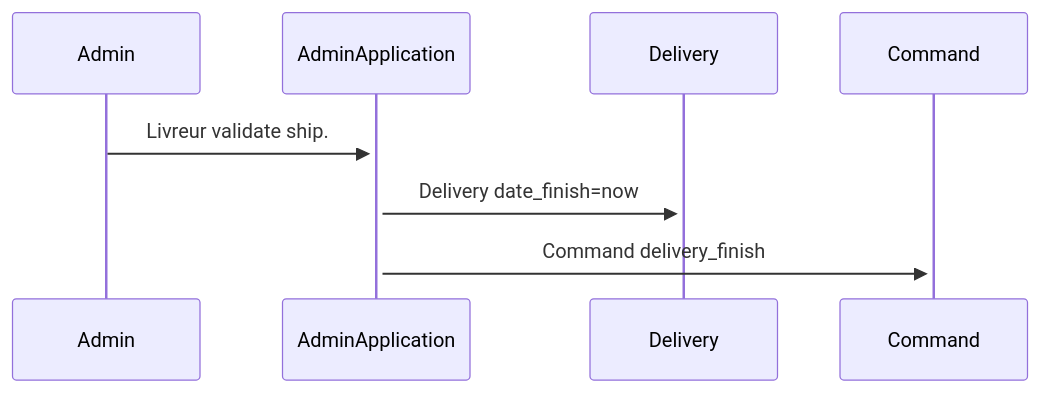
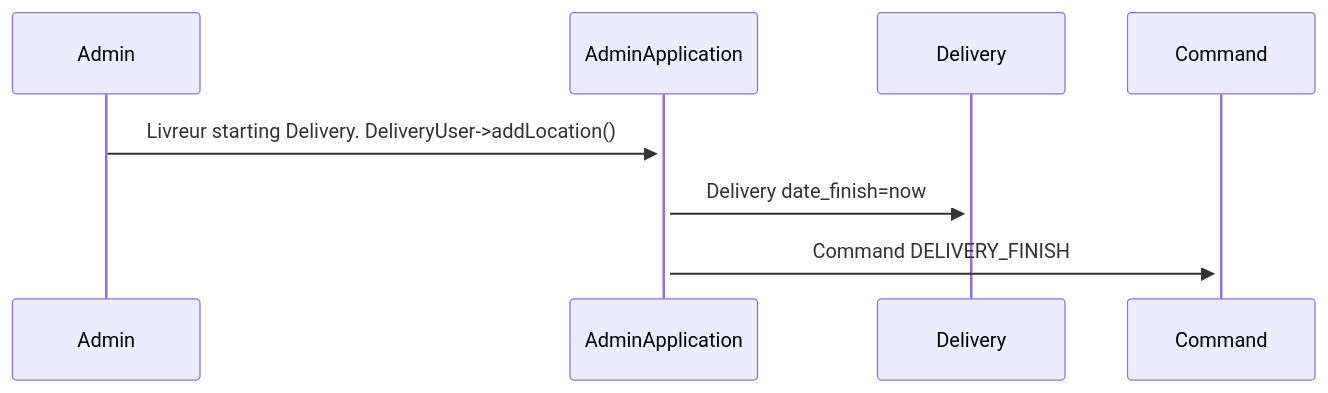
Before and after one commit to joussin/api_allopico_old: the sixth of 6 diagrams in readme.md, drawn with Mermaid. The commit also changed other lines of this file, not shown here.

````diff
--- a/readme.md
+++ b/readme.md
@@ -297,18 +284,10 @@
 ```mermaid
 sequenceDiagram
 
-  
-
-Admin->>+AdminApplication: Livreur validate ship.
-
-  
+Admin->>+AdminApplication: Livreur starting Delivery. DeliveryUser->addLocation()
 
 AdminApplication->>+Delivery: Delivery date_finish=now
 
-  
-
-AdminApplication->>+Command: Command delivery_finish
-
-  
+AdminApplication->>+Command: Command DELIVERY_FINISH
 
 ```
````
